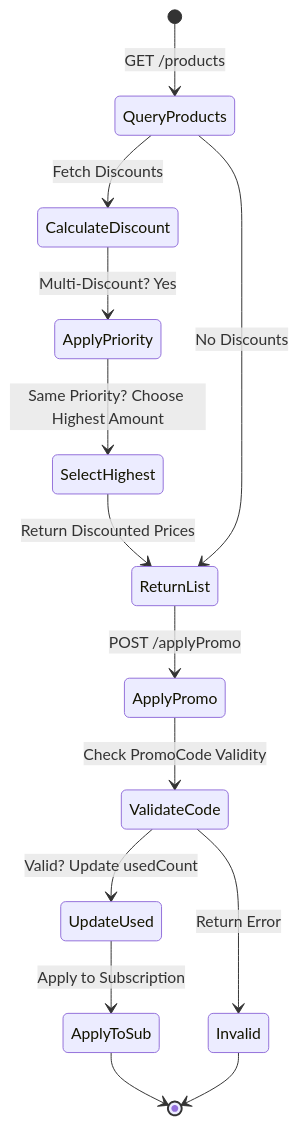
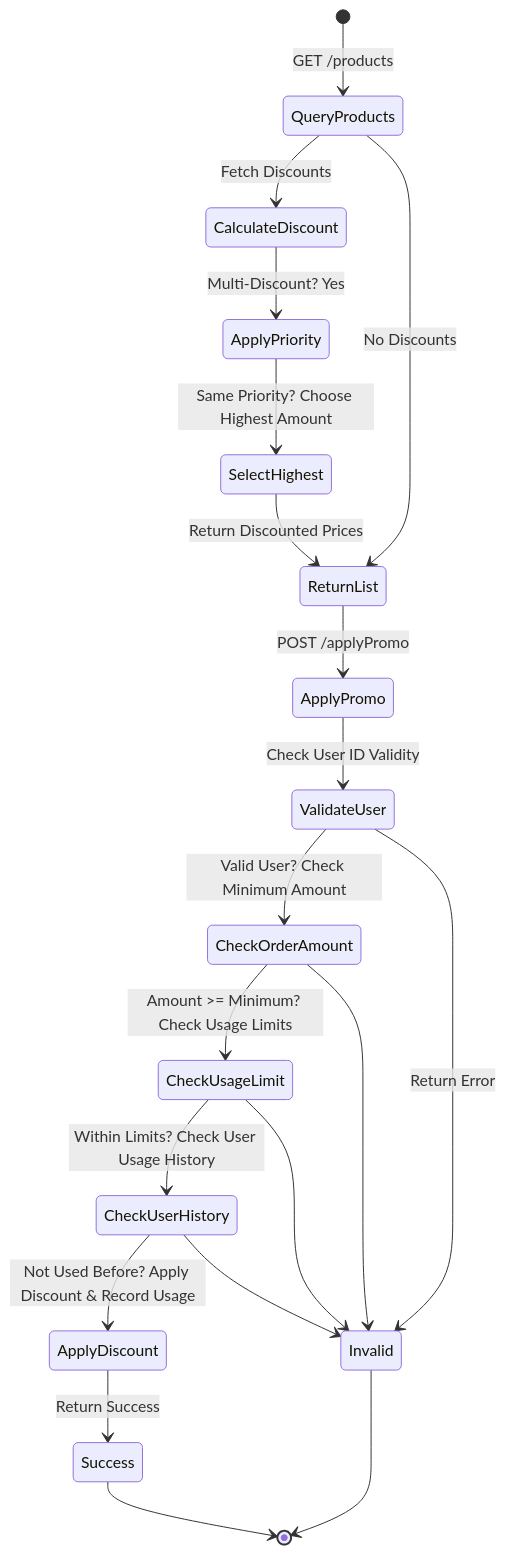
One commit to xxxhand/auto-billing-bot changed the fourth of 5 diagrams in docs/docs_0_7/billingBot_v0.7.1_system_design.markdown. Above: the diagram before and after it, drawn with Mermaid. The commit also changed other lines of this file and 12 other files, not shown here.

````diff
--- a/docs/docs_0_7/billingBot_v0.7.1_system_design.markdown
+++ b/docs/docs_0_7/billingBot_v0.7.1_system_design.markdown
@@ -443,17 +473,23 @@
 ```mermaid
 stateDiagram-v2
     [*] --> QueryProducts: GET /products
     QueryProducts --> CalculateDiscount: Fetch Discounts
     CalculateDiscount --> ApplyPriority: Multi-Discount? Yes
     ApplyPriority --> SelectHighest: Same Priority? Choose Highest Amount
     SelectHighest --> ReturnList: Return Discounted Prices
     QueryProducts --> ReturnList: No Discounts
 
     ReturnList --> ApplyPromo: POST /applyPromo
-    ApplyPromo --> ValidateCode: Check PromoCode Validity
-    ValidateCode --> UpdateUsed: Valid? Update usedCount
-    UpdateUsed --> ApplyToSub: Apply to Subscription
-    ApplyToSub --> [*]
-    ValidateCode --> Invalid: Return Error
+    ApplyPromo --> ValidateUser: Check User ID Validity
+    ValidateUser --> CheckOrderAmount: Valid User? Check Minimum Amount
+    CheckOrderAmount --> CheckUsageLimit: Amount >= Minimum? Check Usage Limits
+    CheckUsageLimit --> CheckUserHistory: Within Limits? Check User Usage History
+    CheckUserHistory --> ApplyDiscount: Not Used Before? Apply Discount & Record Usage
+    ApplyDiscount --> Success: Return Success
+    Success --> [*]
+    ValidateUser --> Invalid: Return Error
+    CheckOrderAmount --> Invalid
+    CheckUsageLimit --> Invalid
+    CheckUserHistory --> Invalid
     Invalid --> [*]
 ```
````
